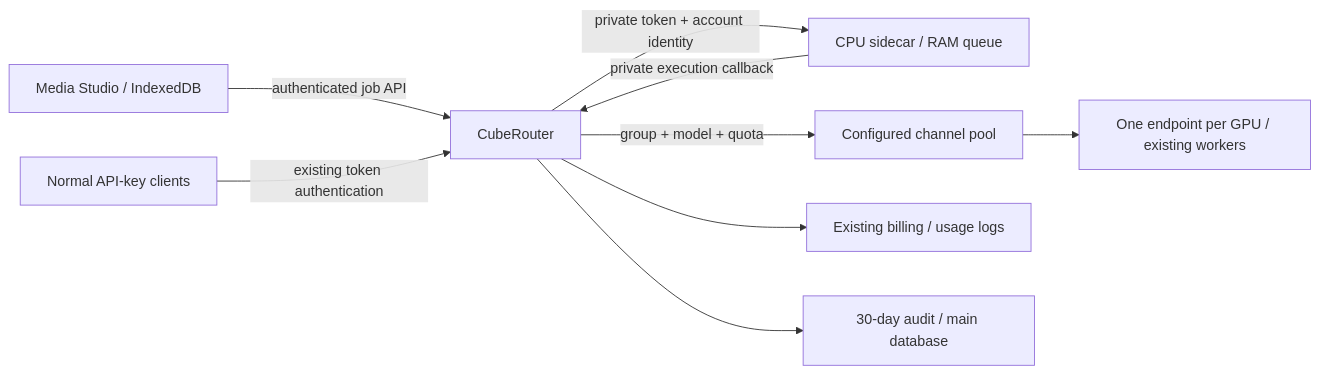
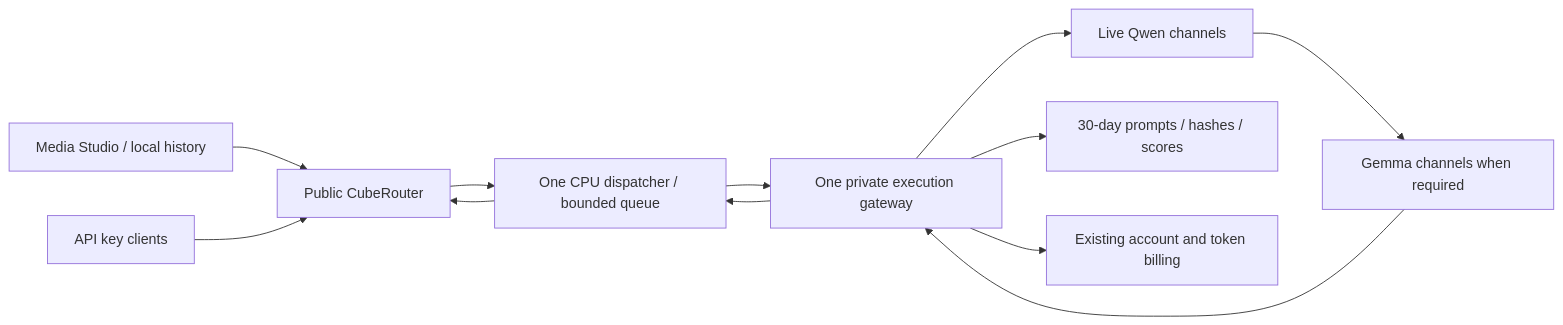
Before and after one commit to patricklau12/cuberouter: the diagram in deploy/image-studio/README.md, drawn with Mermaid. The commit also changed other lines of this file and 94 other files, not shown here.

Commit message:
feat(image-studio): sync dynamic queues moderation channels and API audits

````diff
--- a/deploy/image-studio/README.md
+++ b/deploy/image-studio/README.md
@@ -10,11 +11,14 @@
 ```mermaid
 flowchart LR
-    Browser[Media Studio / IndexedDB] -->|authenticated job API| CR[CubeRouter]
-    CR -->|private token + account identity| Queue[CPU sidecar / RAM queue]
-    Queue -->|private execution callback| CR
-    API[Normal API-key clients] -->|existing token authentication| CR
-    CR -->|group + model + quota| Pool[Configured channel pool]
-    Pool --> GPU[One endpoint per GPU / existing workers]
-    CR --> Usage[Existing billing / usage logs]
-    CR --> Audit[30-day audit / main database]
+    UI[Media Studio / local history] --> CR[Public CubeRouter]
+    API[API key clients] --> CR
+    CR --> Queue[One CPU dispatcher / bounded queue]
+    Queue --> Private[One private execution gateway]
+    Private --> GPU[Live Qwen channels]
+    GPU --> Review[Gemma channels when required]
+    Review --> Private
+    Private --> Audit[30-day prompts / hashes / scores]
+    Private --> Billing[Existing account and token billing]
+    Private --> Queue
+    Queue --> CR
 ```
````
